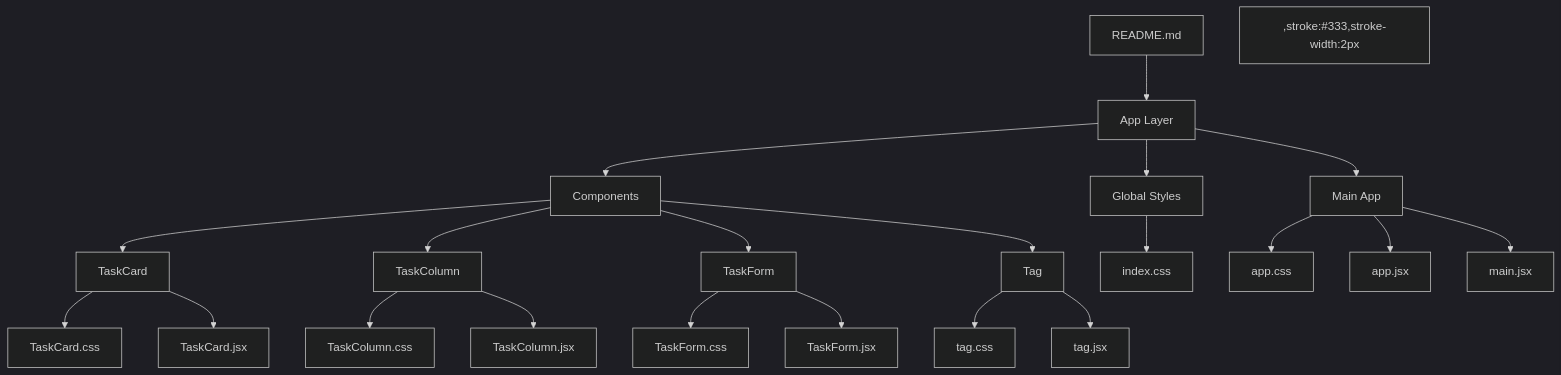
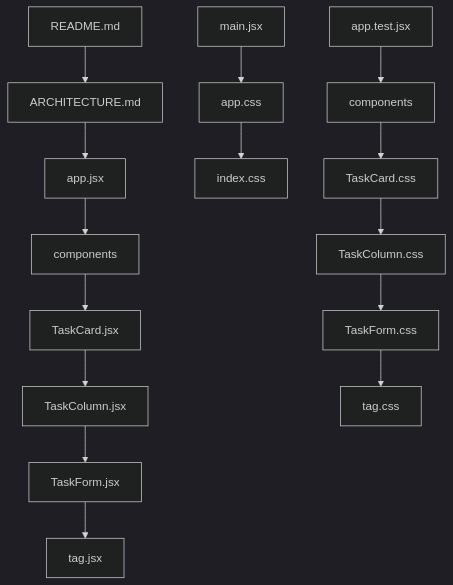
One commit to nirzaraghure/todo-app changed the diagram in ARCHITECTURE.md. Above: the diagram before and after it, drawn with Mermaid (dark theme).

Commit message:
🤖 GitGenius: AI-generated code fix

````diff
--- a/ARCHITECTURE.md
+++ b/ARCHITECTURE.md
@@ -3,44 +3,17 @@
 ```mermaid
 graph TD
-    A[README.md] --> B[App Layer]
-    B --> C[Components]
-    C --> D[TaskCard]
-    D --> E[TaskCard.css]
-    D --> F[TaskCard.jsx]
-    C --> G[TaskColumn]
-    G --> H[TaskColumn.css]
-    G --> I[TaskColumn.jsx]
-    C --> J[TaskForm]
-    J --> K[TaskForm.css]
-    J --> L[TaskForm.jsx]
-    C --> M[Tag]
-    M --> N[tag.css]
-    M --> O[tag.jsx]
-    B --> P[Global Styles]
-    P --> Q[index.css]
-    B --> R[Main App]
-    R --> S[app.css]
-    R --> T[app.jsx]
-    R --> U[main.jsx]
-    ,stroke:#333,stroke-width:2px
-    ,stroke:#333,stroke-width:2px
-    ,stroke:#333,stroke-width:2px
-    ,stroke:#333,stroke-width:2px
-    ,stroke:#333,stroke-width:2px
-    ,stroke:#333,stroke-width:2px
-    ,stroke:#333,stroke-width:2px
-    ,stroke:#333,stroke-width:2px
-    ,stroke:#333,stroke-width:2px
-    ,stroke:#333,stroke-width:2px
-    ,stroke:#333,stroke-width:2px
-    ,stroke:#333,stroke-width:2px
-    ,stroke:#333,stroke-width:2px
-    ,stroke:#333,stroke-width:2px
-    ,stroke:#333,stroke-width:2px
-    ,stroke:#333,stroke-width:2px
-    ,stroke:#333,stroke-width:2px
-    ,stroke:#333,stroke-width:2px
-    ,stroke:#333,stroke-width:2px
-    ,stroke:#333,stroke-width:2px
-    ,stroke:#333,stroke-width:2px
+    A[README.md] --> B[ARCHITECTURE.md]
+    B --> C[app.jsx]
+    C --> D[components]
+    D --> E[TaskCard.jsx]
+    E --> F[TaskColumn.jsx]
+    F --> G[TaskForm.jsx]
+    G --> H[tag.jsx]
+    I[main.jsx] --> J[app.css]
+    J --> K[index.css]
+    L[app.test.jsx] --> M[components]
+    M --> N[TaskCard.css]
+    N --> O[TaskColumn.css]
+    O --> P[TaskForm.css]
+    P --> Q[tag.css]
 ```
````
